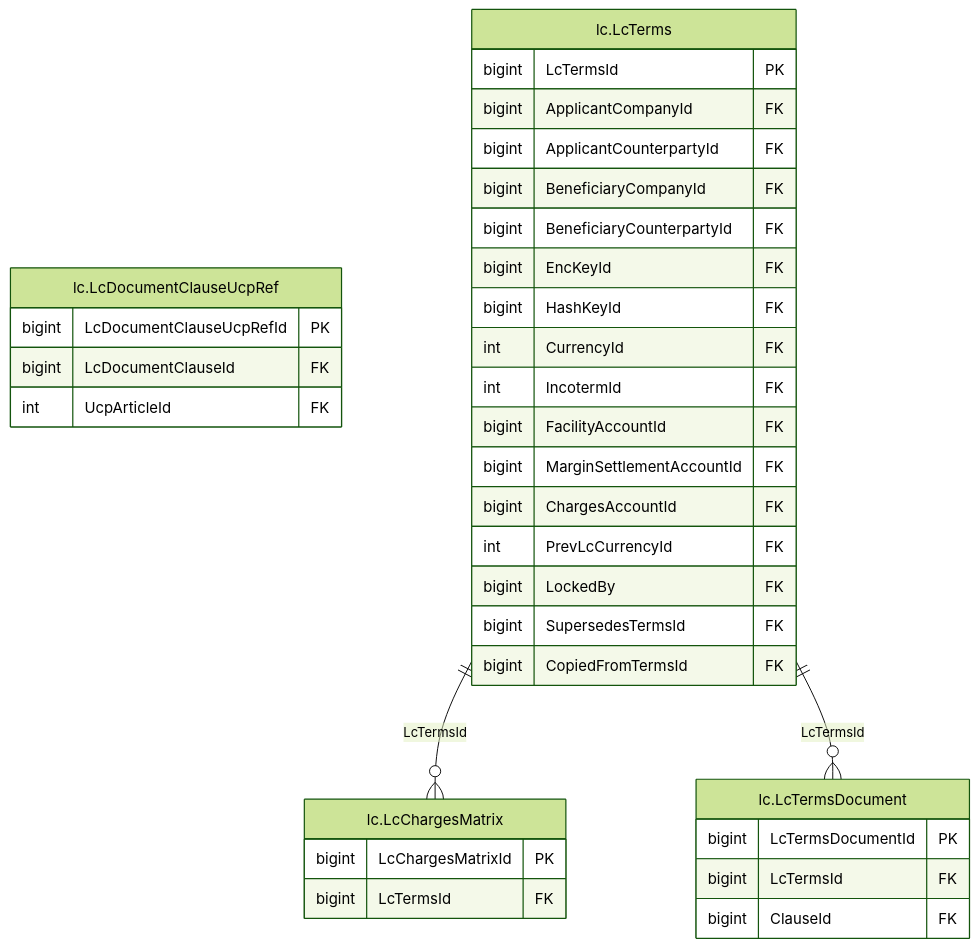
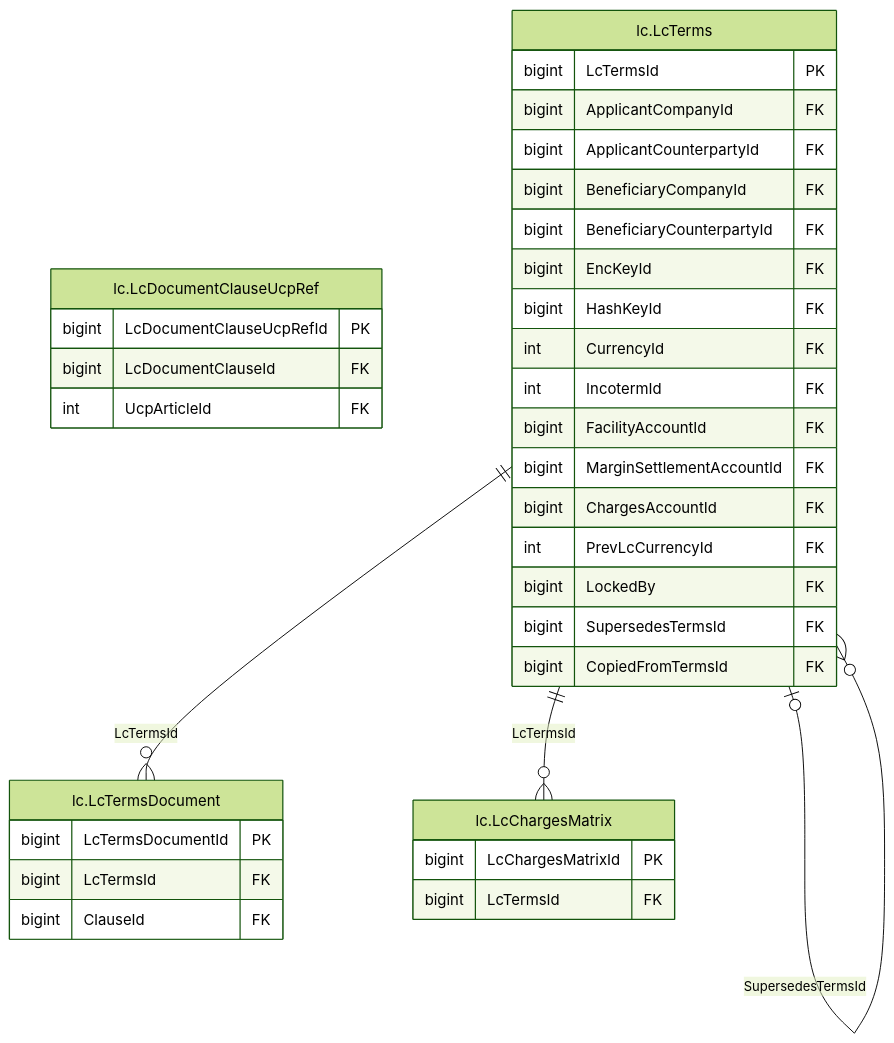
The diagram in treasury-platform/docs/diagrams/erd/m7_8_lc_terms_2.mmd (thawrasy/smartlines), drawn with Mermaid (forest theme) before and after one commit. The commit also changed 139 other files, not shown here.

```diff
--- a/treasury-platform/docs/diagrams/erd/m7_8_lc_terms_2.mmd
+++ b/treasury-platform/docs/diagrams/erd/m7_8_lc_terms_2.mmd
@@ -1,36 +1,38 @@
 %% م7/م8 · شروط الاعتماد والنماذج (2/3) — LC terms, fields & form maps
 erDiagram
   lc_LcDocumentClauseUcpRef["lc.LcDocumentClauseUcpRef"] {
     bigint LcDocumentClauseUcpRefId PK
     bigint LcDocumentClauseId FK
     int UcpArticleId FK
   }
   lc_LcTerms["lc.LcTerms"] {
     bigint LcTermsId PK
     bigint ApplicantCompanyId FK
     bigint ApplicantCounterpartyId FK
     bigint BeneficiaryCompanyId FK
     bigint BeneficiaryCounterpartyId FK
     bigint EncKeyId FK
     bigint HashKeyId FK
     int CurrencyId FK
     int IncotermId FK
     bigint FacilityAccountId FK
     bigint MarginSettlementAccountId FK
     bigint ChargesAccountId FK
     int PrevLcCurrencyId FK
     bigint LockedBy FK
     bigint SupersedesTermsId FK
     bigint CopiedFromTermsId FK
   }
   lc_LcTermsDocument["lc.LcTermsDocument"] {
     bigint LcTermsDocumentId PK
     bigint LcTermsId FK
     bigint ClauseId FK
   }
   lc_LcChargesMatrix["lc.LcChargesMatrix"] {
     bigint LcChargesMatrixId PK
     bigint LcTermsId FK
   }
   lc_LcTerms ||--o{ lc_LcChargesMatrix : "LcTermsId"
+  lc_LcTerms |o--o{ lc_LcTerms : "CopiedFromTermsId"
+  lc_LcTerms |o--o{ lc_LcTerms : "SupersedesTermsId"
   lc_LcTerms ||--o{ lc_LcTermsDocument : "LcTermsId"
```
